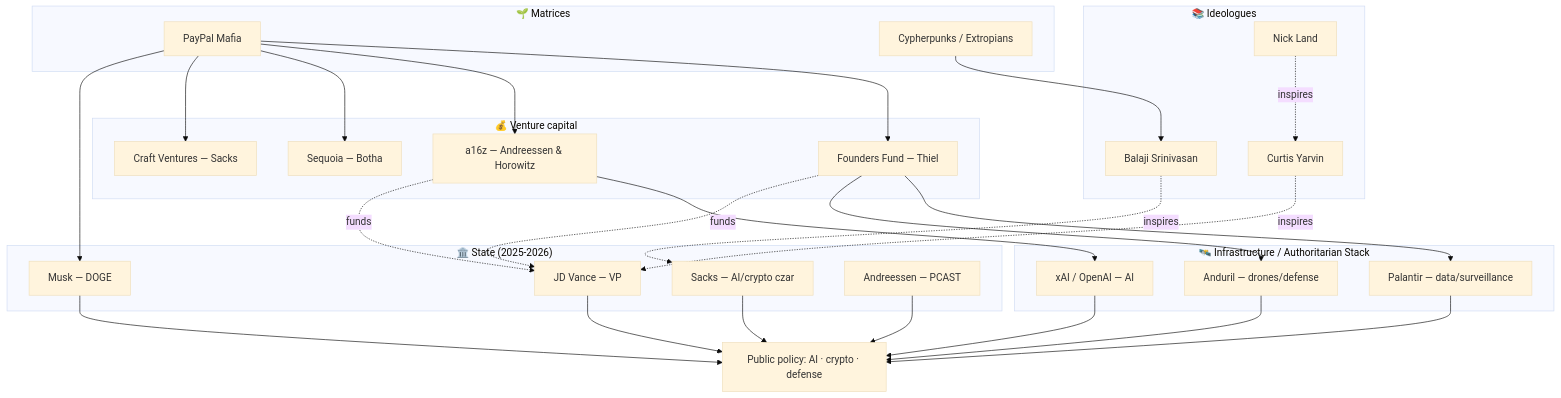
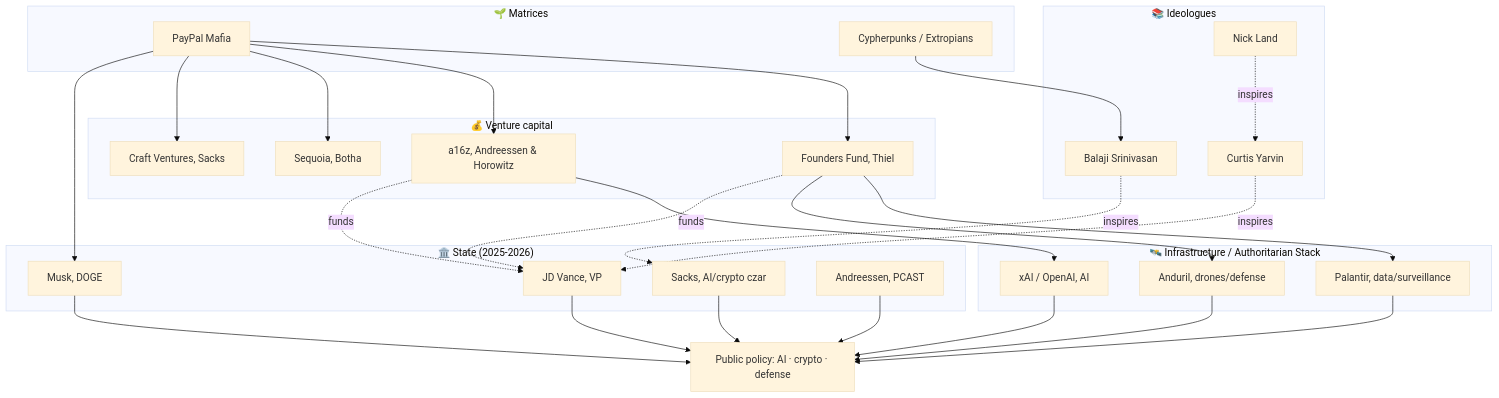
One commit to ismael-joffroy-chandoutis/ismael-joffroy-chandoutis changed the first of 2 diagrams in research/en/cartographie-prospective.md. Above: the diagram before and after it, drawn with Mermaid (base theme). The commit also changed other lines of this file and 57 other files, not shown here.

````diff
--- a/research/en/cartographie-prospective.md
+++ b/research/en/cartographie-prospective.md
@@ -35,46 +35,46 @@
 ```mermaid
 graph TD
     subgraph CAPITAL["💰 Venture capital"]
-        A16Z["a16z — Andreessen & Horowitz"]
-        FF["Founders Fund — Thiel"]
-        SEQ["Sequoia — Botha"]
-        CRAFT["Craft Ventures — Sacks"]
+        A16Z["a16z, Andreessen & Horowitz"]
+        FF["Founders Fund, Thiel"]
+        SEQ["Sequoia, Botha"]
+        CRAFT["Craft Ventures, Sacks"]
     end
 
     subgraph ORIGINE["🌱 Matrices"]
         PP["PayPal Mafia"]
         CYP["Cypherpunks / Extropians"]
     end
 
     subgraph POUVOIR["🏛️ State (2025-2026)"]
-        VANCE["JD Vance — VP"]
-        MUSK["Musk — DOGE"]
-        SACKS["Sacks — AI/crypto czar"]
-        PCAST["Andreessen — PCAST"]
+        VANCE["JD Vance, VP"]
+        MUSK["Musk, DOGE"]
+        SACKS["Sacks, AI/crypto czar"]
+        PCAST["Andreessen, PCAST"]
     end
 
     subgraph INFRA["🛰️ Infrastructure / Authoritarian Stack"]
-        PLTR["Palantir — data/surveillance"]
-        ANDURIL["Anduril — drones/defense"]
-        XAI["xAI / OpenAI — AI"]
+        PLTR["Palantir, data/surveillance"]
+        ANDURIL["Anduril, drones/defense"]
+        XAI["xAI / OpenAI, AI"]
     end
 
     subgraph IDEO["📚 Ideologues"]
         YARVIN["Curtis Yarvin"]
         LAND["Nick Land"]
         BALAJI["Balaji Srinivasan"]
     end
 
     PP --> FF & A16Z & SEQ & CRAFT
     PP --> MUSK
     CYP --> BALAJI
     FF --> PLTR & ANDURIL
     A16Z --> XAI
     FF -.funds.-> VANCE
     A16Z -.funds.-> VANCE
     YARVIN -.inspires.-> VANCE
     LAND -.inspires.-> YARVIN
     BALAJI -.inspires.-> SACKS
     VANCE & MUSK & SACKS & PCAST --> POL["Public policy: AI · crypto · defense"]
     PLTR & ANDURIL & XAI --> POL
 ```
````
